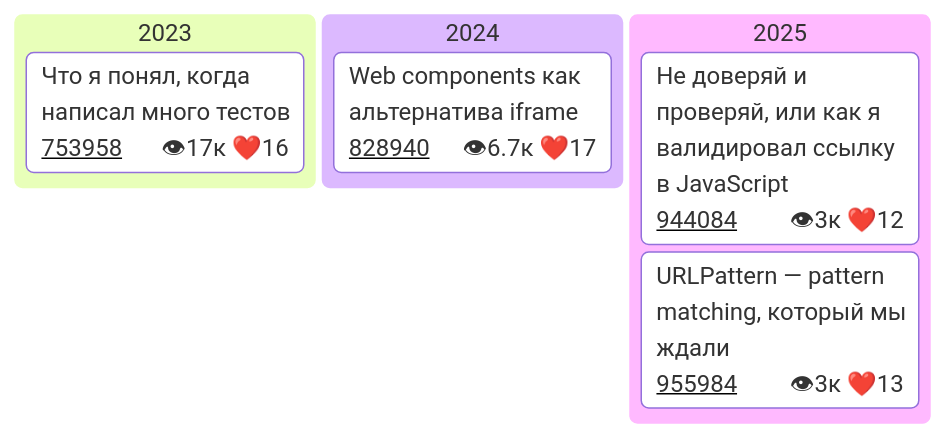
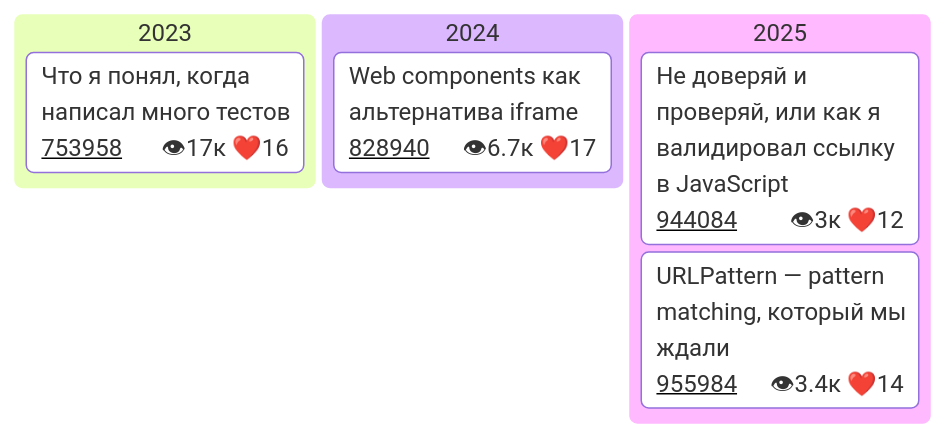
Before and after one commit to Goodzonchik/Goodzonchik: the fourth of 4 diagrams in README.md, drawn with Mermaid.

````diff
--- a/README.md
+++ b/README.md
@@ -51,28 +51,28 @@
 ```mermaid
 ---
 config:
   kanban:
     ticketBaseUrl: 'https://habr.com/ru/companies/tbank/articles/#TICKET#'
 
 ---
 kanban
   2023
     card1["Что я понял, когда написал много тестов"]@{
       ticket: 753958
       assigned: 👁17к ❤️16
     }
   2024
     card2["Web components как альтернатива iframe"]@{
       ticket: 828940
       assigned: 👁6.7к ❤️17
     }
   2025
     card3["Не доверяй и проверяй, или как я валидировал ссылку в JavaScript"]@{
       ticket: 944084
       assigned: 👁3к ❤️12
     }
    card4["URLPattern — pattern matching, который мы ждали"]@{
       ticket: 955984
-      assigned: 👁3к ❤️13
+      assigned: 👁3.4к ❤️14
     }
 ```
````
